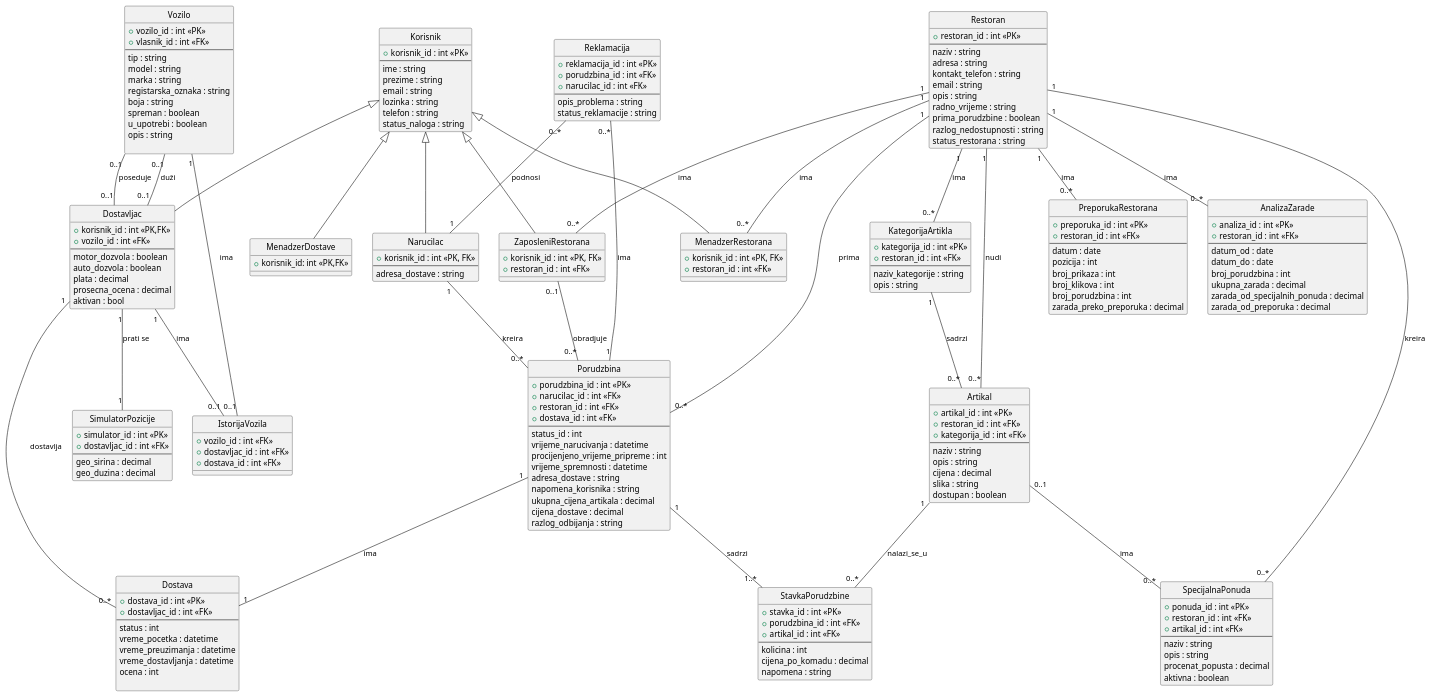
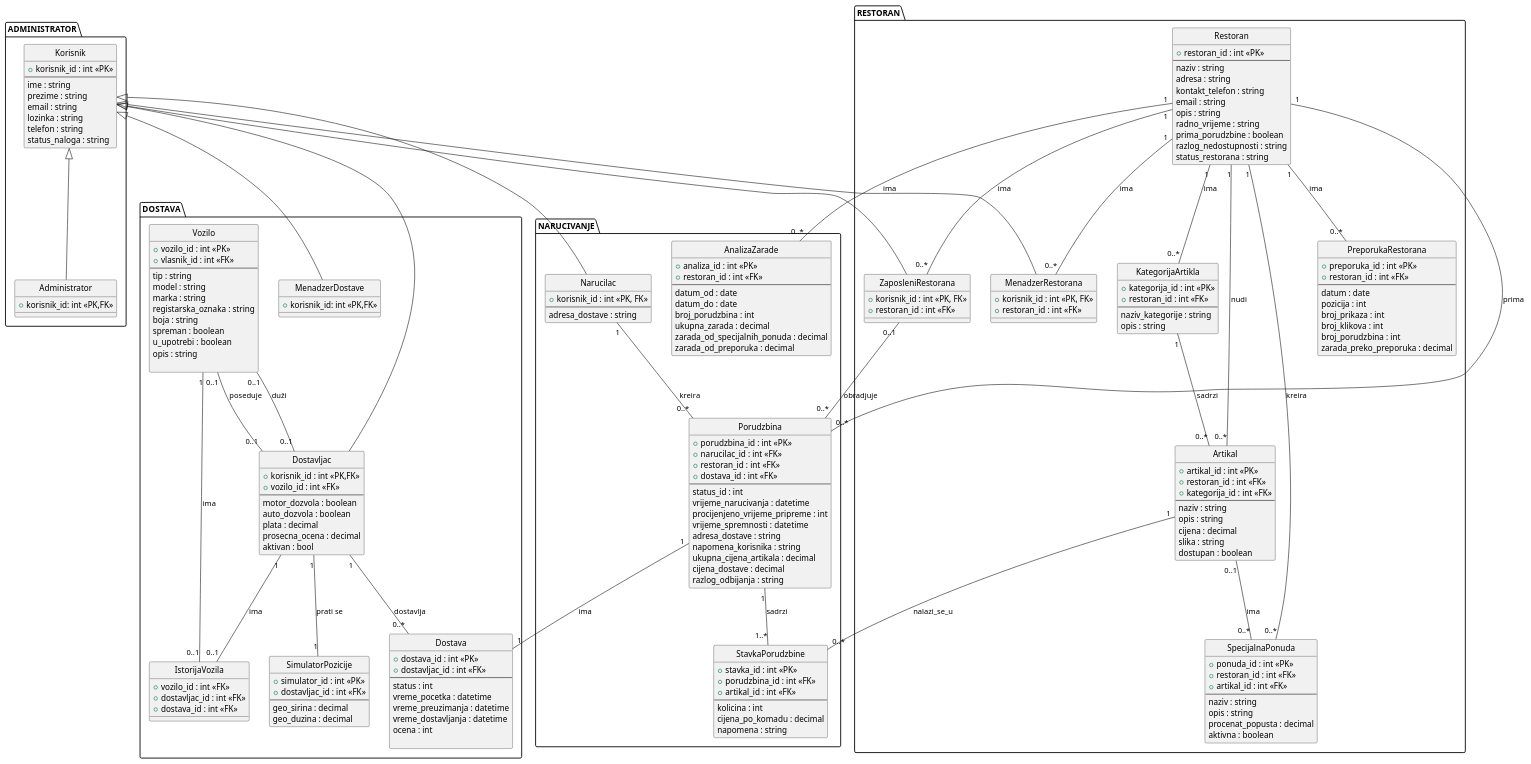
The diagram in ŠBP.puml (milicaclm/dostava_hrane), drawn with PlantUML before and after one commit. The commit also changed 10 other files, not shown here.

```diff
--- a/ŠBP.puml
+++ b/ŠBP.puml
@@ -4,8 +4,10 @@
 'skinparam classAttributeIconSize 0
 
 ' =========================
-' KORISNICI
+' ADMINISTRATOR
 ' =========================
+
+package "ADMINISTRATOR" {
 
 class Korisnik {
   + korisnik_id : int <<PK>>
@@ -18,24 +20,21 @@
   status_naloga : string
 }
 
-class Narucilac {
-  + korisnik_id : int <<PK, FK>>
-  --
-  adresa_dostave : string
+class Administrator {
+  + korisnik_id: int <<PK,FK>>
 }
 
-class MenadzerRestorana {
-  + korisnik_id : int <<PK, FK>>
-  + restoran_id : int <<FK>>
+
 }
+
+' =========================
+' DOSTAVA
+' =========================
+
+package "DOSTAVA" {
 
 class MenadzerDostave {
   + korisnik_id: int <<PK,FK>>
-}
-
-class ZaposleniRestorana {
-  + korisnik_id : int <<PK, FK>>
-  + restoran_id : int <<FK>>
 }
 
 class Dostavljac {
@@ -50,16 +49,129 @@
 }
 
 
-Korisnik <|-- Narucilac
-Korisnik <|-- MenadzerRestorana
-Korisnik <|-- MenadzerDostave
-Korisnik <|-- ZaposleniRestorana
-Korisnik <|-- Dostavljac
+class SimulatorPozicije {
+  + simulator_id : int <<PK>>
+  + dostavljac_id : int <<FK>>
+  --
+  geo_sirina : decimal
+  geo_duzina : decimal
+}
 
 
+
+class Vozilo {
+  + vozilo_id : int <<PK>>
+  + vlasnik_id : int <<FK>>
+  --
+  tip : string
+  model : string
+  marka : string
+  registarska_oznaka : string
+  boja : string
+  spreman : boolean
+  u_upotrebi : boolean
+  opis : string
+  
+}
+
+class IstorijaVozila {
+  + vozilo_id : int <<FK>>
+  + dostavljac_id : int <<FK>>
+  + dostava_id : int <<FK>>
+  
+}
+
+
+
+
+class Dostava {
+  + dostava_id : int <<PK>>
+  + dostavljac_id : int <<FK>>
+  --
+  status : int
+  vreme_pocetka : datetime
+  vreme_preuzimanja : datetime
+  vreme_dostavljanja : datetime
+  ocena : int
+  
+}
+
+}
+
 ' =========================
-' RESTORAN I MENI
+' NARUČIVANJE
 ' =========================
+
+package "NARUCIVANJE" {
+
+class Narucilac {
+  + korisnik_id : int <<PK, FK>>
+  --
+  adresa_dostave : string
+}
+
+
+
+class Porudzbina {
+  + porudzbina_id : int <<PK>>
+  + narucilac_id : int <<FK>>
+  + restoran_id : int <<FK>>
+  + dostava_id : int <<FK>>
+  --
+  status_id : int
+  vrijeme_narucivanja : datetime
+  procijenjeno_vrijeme_pripreme : int
+  vrijeme_spremnosti : datetime
+  adresa_dostave : string
+  napomena_korisnika : string
+  ukupna_cijena_artikala : decimal
+  cijena_dostave : decimal
+  razlog_odbijanja : string
+}
+
+class StavkaPorudzbine {
+  + stavka_id : int <<PK>>
+  + porudzbina_id : int <<FK>>
+  + artikal_id : int <<FK>>
+  --
+  kolicina : int
+  cijena_po_komadu : decimal
+  napomena : string
+}
+
+class AnalizaZarade {
+  + analiza_id : int <<PK>>
+  + restoran_id : int <<FK>>
+  --
+  datum_od : date
+  datum_do : date
+  broj_porudzbina : int
+  ukupna_zarada : decimal
+  zarada_od_specijalnih_ponuda : decimal
+  zarada_od_preporuka : decimal
+}
+
+
+}
+
+' =========================
+' RESTORAN
+' =========================
+
+package "RESTORAN" {
+
+class MenadzerRestorana {
+  + korisnik_id : int <<PK, FK>>
+  + restoran_id : int <<FK>>
+}
+
+class ZaposleniRestorana {
+  + korisnik_id : int <<PK, FK>>
+  + restoran_id : int <<FK>>
+}
+
+
+
 
 class Restoran {
   + restoran_id : int <<PK>>
@@ -106,84 +218,9 @@
   aktivna : boolean
 }
 
-Restoran "1" -- "0..*" MenadzerRestorana : ima
-Restoran "1" -- "0..*" ZaposleniRestorana : ima
-Restoran "1" -- "0..*" KategorijaArtikla : ima
-Restoran "1" -- "0..*" Artikal : nudi
-
-KategorijaArtikla "1" -- "0..*" Artikal : sadrzi
-
-Restoran "1" -- "0..*" SpecijalnaPonuda : kreira
-Artikal "0..1" -- "0..*" SpecijalnaPonuda : ima
 
 
-' =========================
-' PORUDZBINE I REKLAMACIJE
-' =========================
 
-class Porudzbina {
-  + porudzbina_id : int <<PK>>
-  + narucilac_id : int <<FK>>
-  + restoran_id : int <<FK>>
-  + dostava_id : int <<FK>>
-  --
-  status_id : int
-  vrijeme_narucivanja : datetime
-  procijenjeno_vrijeme_pripreme : int
-  vrijeme_spremnosti : datetime
-  adresa_dostave : string
-  napomena_korisnika : string
-  ukupna_cijena_artikala : decimal
-  cijena_dostave : decimal
-  razlog_odbijanja : string
-}
-
-class Dostava {
-  + dostava_id : int <<PK>>
-  + dostavljac_id : int <<FK>>
-  --
-  status : int
-  vreme_pocetka : datetime
-  vreme_preuzimanja : datetime
-  vreme_dostavljanja : datetime
-  ocena : int
-  
-}
-
-class StavkaPorudzbine {
-  + stavka_id : int <<PK>>
-  + porudzbina_id : int <<FK>>
-  + artikal_id : int <<FK>>
-  --
-  kolicina : int
-  cijena_po_komadu : decimal
-  napomena : string
-}
-
-class Reklamacija {
-  + reklamacija_id : int <<PK>>
-  + porudzbina_id : int <<FK>>
-  + narucilac_id : int <<FK>>
-  --
-  opis_problema : string
-  status_reklamacije : string
-}
-
-Narucilac "1" -- "0..*" Porudzbina : kreira
-Restoran "1" -- "0..*" Porudzbina : prima
-ZaposleniRestorana "0..1" -- "0..*" Porudzbina : obradjuje
-Porudzbina "1" -- "1..*" StavkaPorudzbine : sadrzi
-Artikal "1" -- "0..*" StavkaPorudzbine : nalazi_se_u
-
-Reklamacija "0..*" -- "1" Porudzbina : ima
-Reklamacija "0..*" -- "1" Narucilac : podnosi
-
-Porudzbina "1" -- "1" Dostava : "ima"
-Dostavljac "1" -- "0..*" Dostava : "dostavlja"
-
-' =========================
-' PREPORUKE I ANALIZA ZARADE
-' =========================
 
 class PreporukaRestorana {
   + preporuka_id : int <<PK>>
@@ -196,66 +233,43 @@
   broj_porudzbina : int
   zarada_preko_preporuka : decimal
 }
-
-class AnalizaZarade {
-  + analiza_id : int <<PK>>
-  + restoran_id : int <<FK>>
-  --
-  datum_od : date
-  datum_do : date
-  broj_porudzbina : int
-  ukupna_zarada : decimal
-  zarada_od_specijalnih_ponuda : decimal
-  zarada_od_preporuka : decimal
 }
 
-Restoran "1" -- "0..*" PreporukaRestorana : ima
-Restoran "1" -- "0..*" AnalizaZarade : ima
 
-' ==================
-' PRAĆENJE DOSTAVE
-' ==================
 
-class SimulatorPozicije {
-  + simulator_id : int <<PK>>
-  + dostavljac_id : int <<FK>>
-  --
-  geo_sirina : decimal
-  geo_duzina : decimal
-}
-
+Korisnik <|-- Administrator
+Korisnik <|-- Dostavljac
+Korisnik <|-- MenadzerDostave
 Dostavljac "1" -- "1" SimulatorPozicije : "prati se"
-
-' ===============
-' SMENA
-' ===============
-
-class Vozilo {
-  + vozilo_id : int <<PK>>
-  + vlasnik_id : int <<FK>>
-  --
-  tip : string
-  model : string
-  marka : string
-  registarska_oznaka : string
-  boja : string
-  spreman : boolean
-  u_upotrebi : boolean
-  opis : string
-  
-}
-
-class IstorijaVozila {
-  + vozilo_id : int <<FK>>
-  + dostavljac_id : int <<FK>>
-  + dostava_id : int <<FK>>
-  
-}
 
 Vozilo "0..1" -- "0..1" Dostavljac : "duži"
 Vozilo "0..1" -- "0..1" Dostavljac : "poseduje"
 Vozilo "1" -- "0..1" IstorijaVozila : "ima"
 Dostavljac "1" -- "0..1" IstorijaVozila : "ima"
 
+Korisnik <|-- Narucilac
 
+Porudzbina "1" -- "1" Dostava : "ima"
+Dostavljac "1" -- "0..*" Dostava : "dostavlja"
+Korisnik <|-- MenadzerRestorana
+Korisnik <|-- ZaposleniRestorana
+
+Restoran "1" -- "0..*" MenadzerRestorana : ima
+Restoran "1" -- "0..*" ZaposleniRestorana : ima
+Restoran "1" -- "0..*" KategorijaArtikla : ima
+Restoran "1" -- "0..*" Artikal : nudi
+
+KategorijaArtikla "1" -- "0..*" Artikal : sadrzi
+
+Restoran "1" -- "0..*" SpecijalnaPonuda : kreira
+Artikal "0..1" -- "0..*" SpecijalnaPonuda : ima
+
+Narucilac "1" -- "0..*" Porudzbina : kreira
+Restoran "1" -- "0..*" Porudzbina : prima
+ZaposleniRestorana "0..1" -- "0..*" Porudzbina : obradjuje
+Porudzbina "1" -- "1..*" StavkaPorudzbine : sadrzi
+Artikal "1" -- "0..*" StavkaPorudzbine : nalazi_se_u
+
+Restoran "1" -- "0..*" PreporukaRestorana : ima
+Restoran "1" -- "0..*" AnalizaZarade : ima
 @enduml
```
